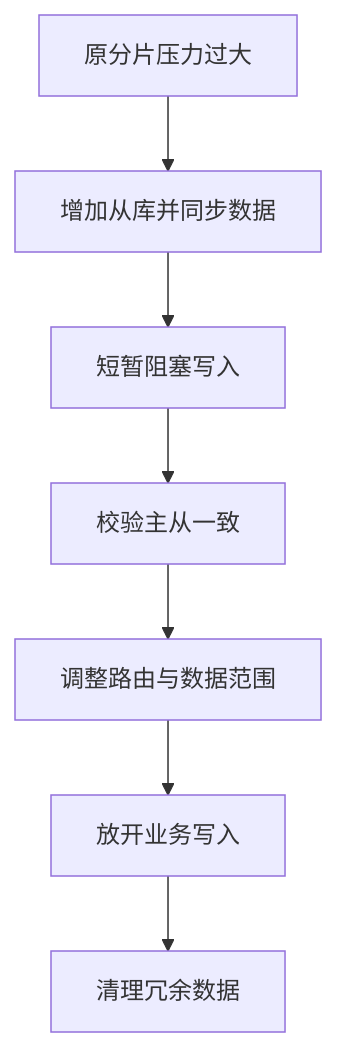
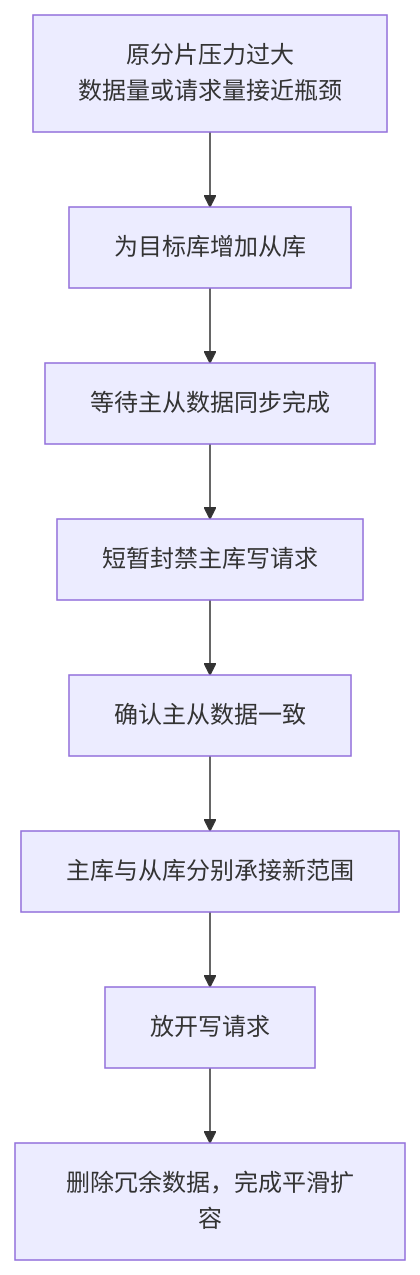
Diagram 22 of 40 in src/content/blog/Software-Construction/Chap09.md (crashingby/homepage), drawn with Mermaid before and after one commit. The commit also changed other lines of this file and 6 other files, not shown here.

````diff
--- a/src/content/blog/Software-Construction/Chap09.md
+++ b/src/content/blog/Software-Construction/Chap09.md
@@ -528,9 +698,10 @@
 ```mermaid
 flowchart TD
-  A["原分片压力过大"] --> B["增加从库并同步数据"]
-  B --> C["短暂阻塞写入"]
-  C --> D["校验主从一致"]
-  D --> E["调整路由与数据范围"]
-  E --> F["放开业务写入"]
-  F --> G["清理冗余数据"]
+  A["原分片压力过大<br/>数据量或请求量接近瓶颈"] --> B["为目标库增加从库"]
+  B --> C["等待主从数据同步完成"]
+  C --> D["短暂封禁主库写请求"]
+  D --> E["确认主从数据一致"]
+  E --> F["主库与从库分别承接新范围"]
+  F --> G["放开写请求"]
+  G --> H["删除冗余数据，完成平滑扩容"]
 ```
````
